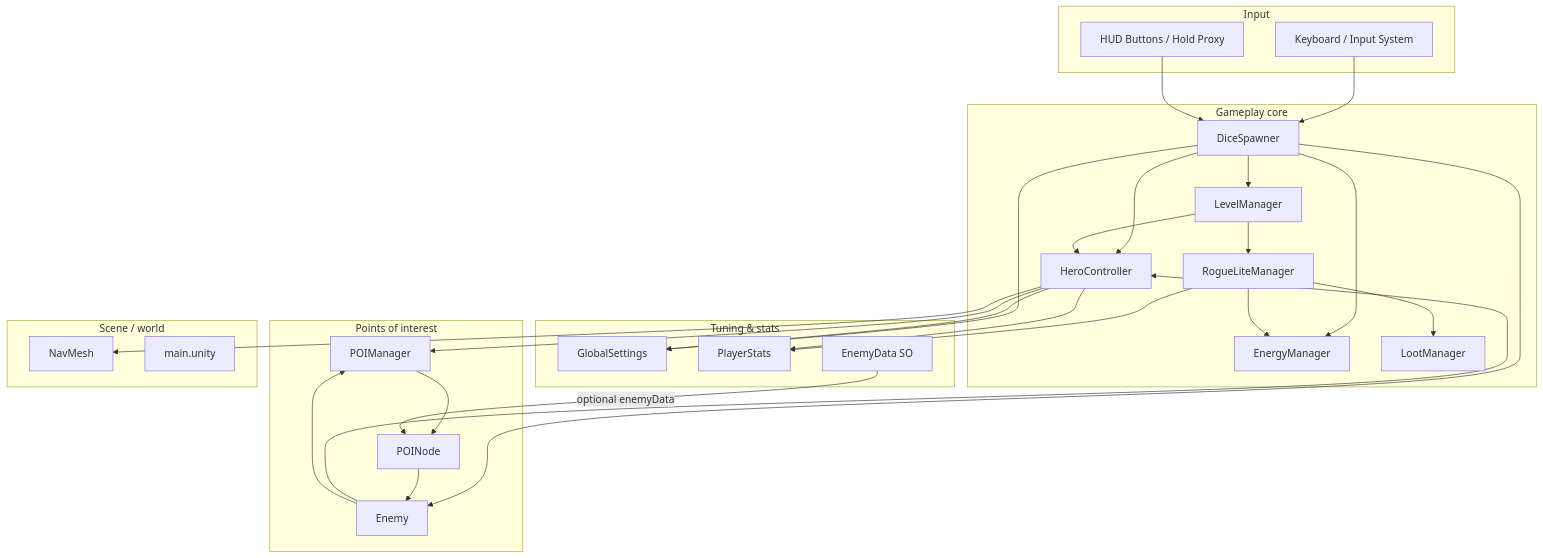
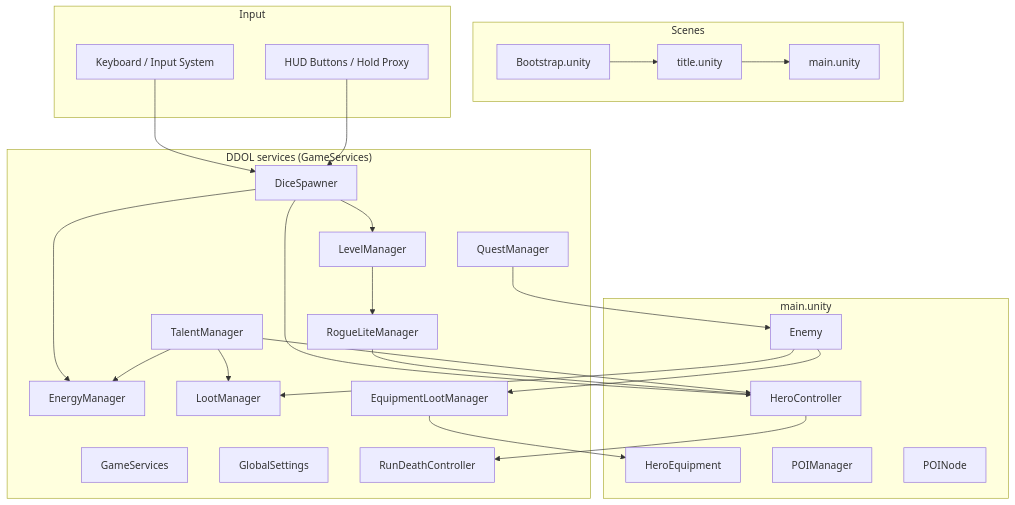
Before and after one commit to czyzem-stack/fatesRoll: the first of 6 diagrams in docs/ARCHITECTURE.md, drawn with Mermaid. The commit also changed other lines of this file and 3 other files, not shown here.

Commit message:
Refresh ARCHITECTURE for bootstrap flow, meta UI, and equipment loot foundation

````diff
--- a/docs/ARCHITECTURE.md
+++ b/docs/ARCHITECTURE.md
@@ -31,58 +35,52 @@
 ```mermaid
 flowchart TB
+    subgraph Scenes
+        BS[Bootstrap.unity]
+        TS[title.unity]
+        MS[main.unity]
+        BS --> TS --> MS
+    end
+
     subgraph Input
         KB[Keyboard / Input System]
         UI[HUD Buttons / Hold Proxy]
     end
 
-    subgraph Core["Gameplay core"]
+    subgraph Bootstrap["DDOL services (GameServices)"]
+        GSvc[GameServices]
+        GS[GlobalSettings]
         DS[DiceSpawner]
-        HC[HeroController]
         EM[EnergyManager]
         LM[LevelManager]
         RL[RogueLiteManager]
         LM2[LootManager]
+        ELM[EquipmentLootManager]
+        TM[TalentManager]
+        QM[QuestManager]
+        RDC[RunDeathController]
     end
 
-    subgraph POI["Points of interest"]
+    subgraph MainScene["main.unity"]
+        HC[HeroController]
+        HE[HeroEquipment]
         PM[POIManager]
         PN[POINode]
         EN[Enemy]
     end
 
-    subgraph Data["Tuning & stats"]
-        GS[GlobalSettings]
-        PS[PlayerStats]
-        ED[EnemyData SO]
-    end
-
-    subgraph World["Scene / world"]
-        NM[NavMesh]
-        SC[main.unity]
-    end
-
     KB --> DS
     UI --> DS
     DS --> EM
-    DS --> GS
     DS --> HC
     DS --> LM
     LM --> RL
-    LM --> HC
-    RL --> PS
-    RL --> EM
-    RL --> LM2
-    DS --> EN
-
-    HC --> PM
-    HC --> PS
-    HC --> GS
-    HC --> NM
-
-    PM --> PN
-    ED -->|optional enemyData| PN
-    PN --> EN
-
-    EN --> HC
-    EN --> PM
+    RL --> HC
+    EN --> LM2
+    EN --> ELM
+    ELM --> HE
+    HC --> RDC
+    QM --> EN
+    TM --> HC
+    TM --> LM2
+    TM --> EM
 ```
````
